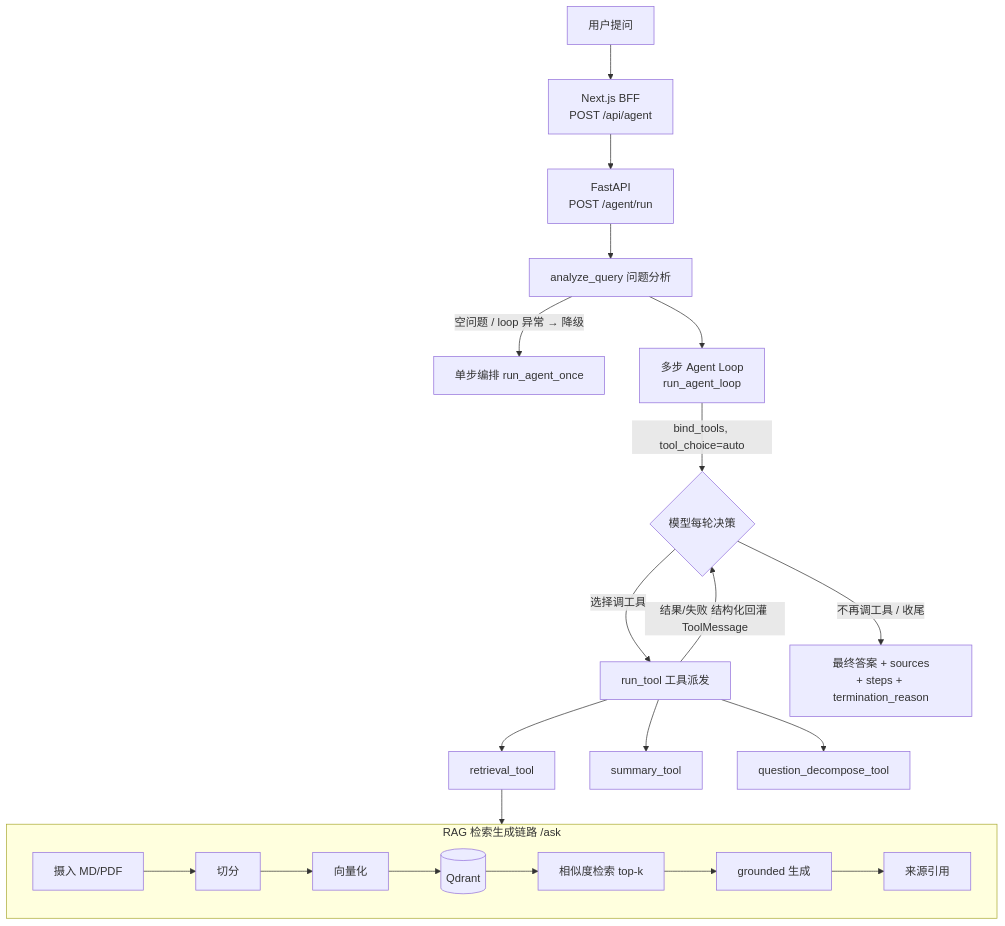
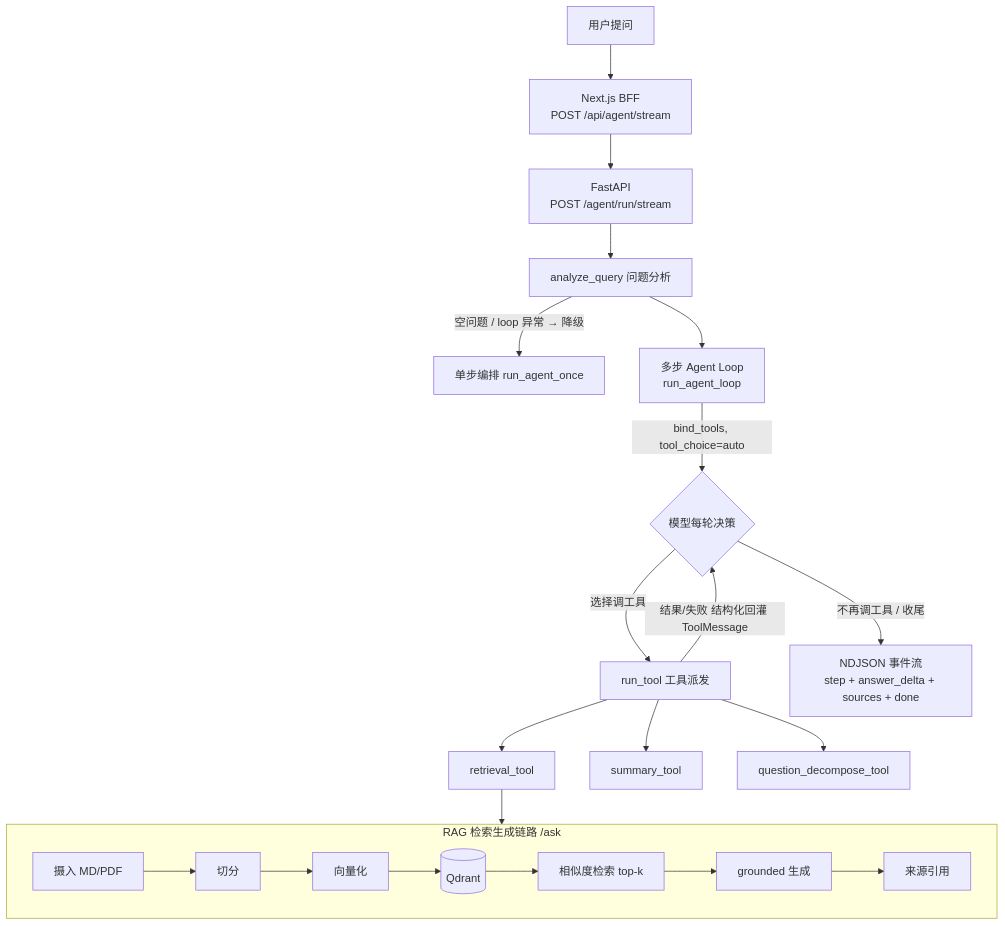
The diagram in README.md (XMDiven/rag-agent-platform), drawn with Mermaid before and after one commit. The commit also changed other lines of this file and 2 other files, not shown here.

Commit message:
docs: document agent streaming workflow

````diff
--- a/README.md
+++ b/README.md
@@ -21,24 +21,24 @@
 ```mermaid
 flowchart TD
-    U[用户提问] --> BFF[Next.js BFF<br/>POST /api/agent]
-    BFF --> EP[FastAPI<br/>POST /agent/run]
+    U[用户提问] --> BFF[Next.js BFF<br/>POST /api/agent/stream]
+    BFF --> EP[FastAPI<br/>POST /agent/run/stream]
     EP --> AQ[analyze_query 问题分析]
     AQ -->|空问题 / loop 异常 → 降级| ONCE[单步编排 run_agent_once]
     AQ --> LOOP[多步 Agent Loop<br/>run_agent_loop]
 
     LOOP -->|bind_tools, tool_choice=auto| DEC{模型每轮决策}
     DEC -->|选择调工具| DISP[run_tool 工具派发]
     DISP --> RTOOL[retrieval_tool]
     DISP --> STOOL[summary_tool]
     DISP --> QTOOL[question_decompose_tool]
     DISP -->|结果/失败 结构化回灌 ToolMessage| DEC
-    DEC -->|不再调工具 / 收尾| OUT[最终答案 + sources<br/>+ steps + termination_reason]
+    DEC -->|不再调工具 / 收尾| OUT[NDJSON 事件流<br/>step + answer_delta + sources + done]
 
     RTOOL --> RAG
 
     subgraph RAG [RAG 检索生成链路 /ask]
         direction LR
         ING[摄入 MD/PDF] --> CHK[切分] --> EMB[向量化] --> VDB[(Qdrant)]
         VDB --> RET[相似度检索 top-k] --> GEN[grounded 生成] --> CITE[来源引用]
     end
 ```
````
